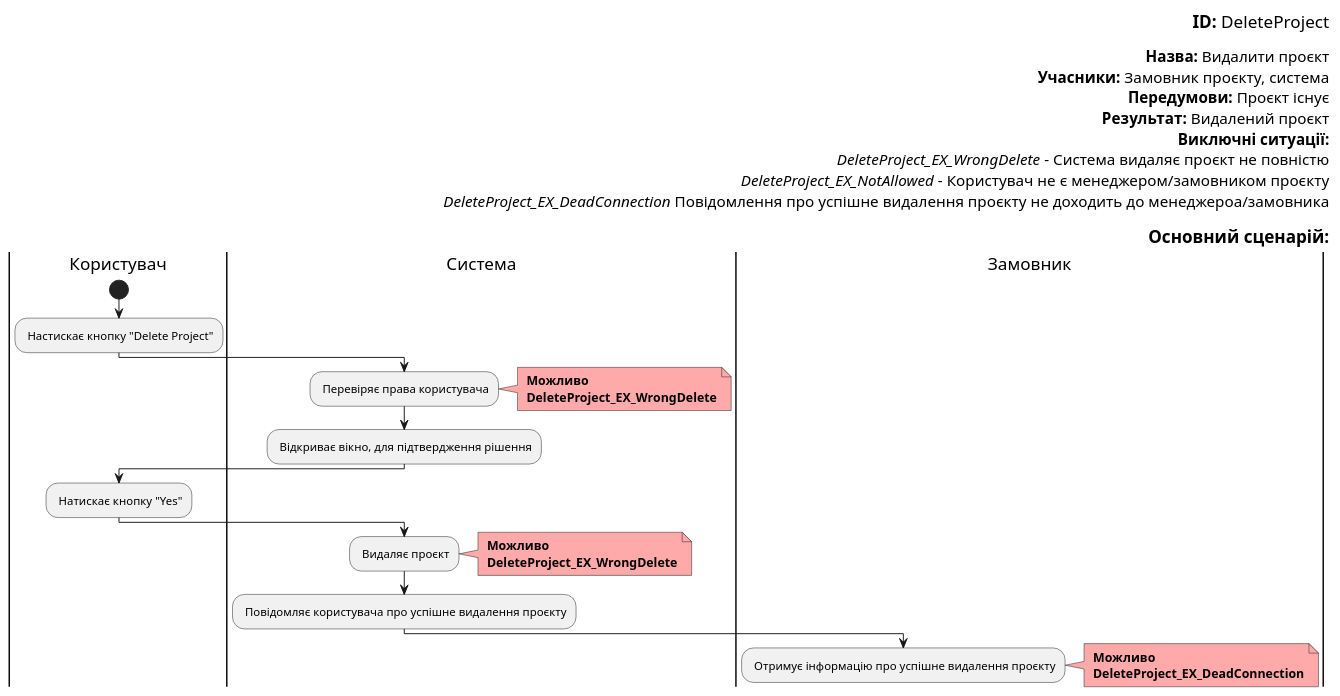
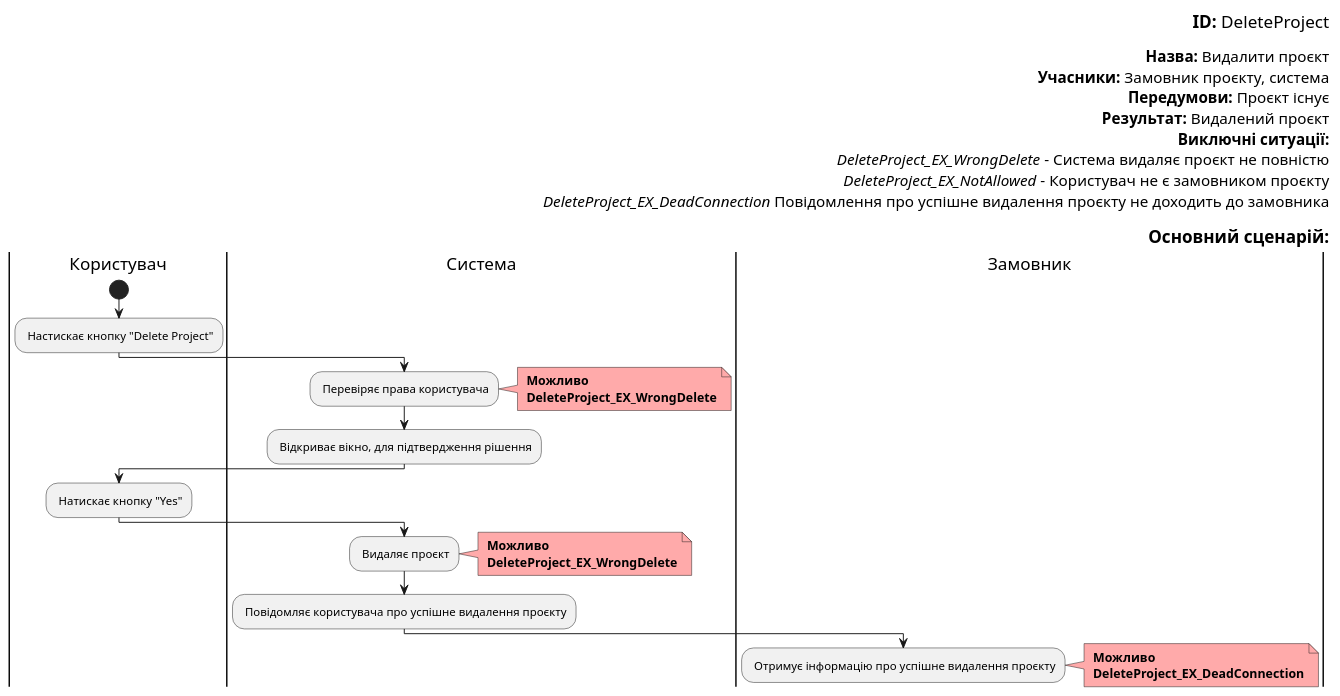
Before and after one commit to boldak/edu-db-cw: the ninth of 19 diagrams in docs/use cases/README.md, drawn with PlantUML.

Commit message:
Changed order one more time

```diff
--- a/docs/use cases/README.md
+++ b/docs/use cases/README.md
@@ -590,52 +477,52 @@
 @startuml
 
     right header        
         <font color=000 size=18><b>ID:</b> DeleteProject
 
         <font color=000 size=16><b>Назва:</b> Видалити проєкт
         <font color=000 size=16><b>Учасники:</b> Замовник проєкту, система
         <font color=000 size=16><b>Передумови:</b> Проєкт існує
         <font color=000 size=16><b>Результат:</b> Видалений проєкт
         <font color=000 size=16><b>Виключні ситуації:</b>
         <font color=000 size=16> <i>DeleteProject_EX_WrongDelete</i> - Система видаляє проєкт не повністю
-        <font color=000 size=16> <i>DeleteProject_EX_NotAllowed</i> - Користувач не є менеджером/замовником проєкту
-        <font color=000 size=16> <i>DeleteProject_EX_DeadConnection</i> Повідомлення про успішне видалення проєкту не доходить до менеджероа/замовника
+        <font color=000 size=16> <i>DeleteProject_EX_NotAllowed</i> - Користувач не є замовником проєкту
+        <font color=000 size=16> <i>DeleteProject_EX_DeadConnection</i> Повідомлення про успішне видалення проєкту не доходить до замовника
 
         <font color=000 size=18><b>Основний сценарій:</b>
     end header
 
     |Користувач|
         start
         : Настискає кнопку "Delete Project";
         
     |Система|
         : Перевіряє права користувача;
         note right #ffaaaa
         <b> Можливо
         <b> DeleteProject_EX_WrongDelete
         end note
 
     |Система|
         : Відкриває вікно, для підтвердження рішення;
 
     |Користувач|
         : Натискає кнопку "Yes";
         
     |Система|
         : Видаляє проєкт;
         note right #ffaaaa
         <b> Можливо
         <b> DeleteProject_EX_WrongDelete
         end note
 
     |Система|
         : Повідомляє користувача про успішне видалення проєкту;
         
     |Замовник|
         : Отримує інформацію про успішне видалення проєкту;
                 note right #ffaaaa
         <b> Можливо
         <b> DeleteProject_EX_DeadConnection
         end note
 
 @enduml
```
